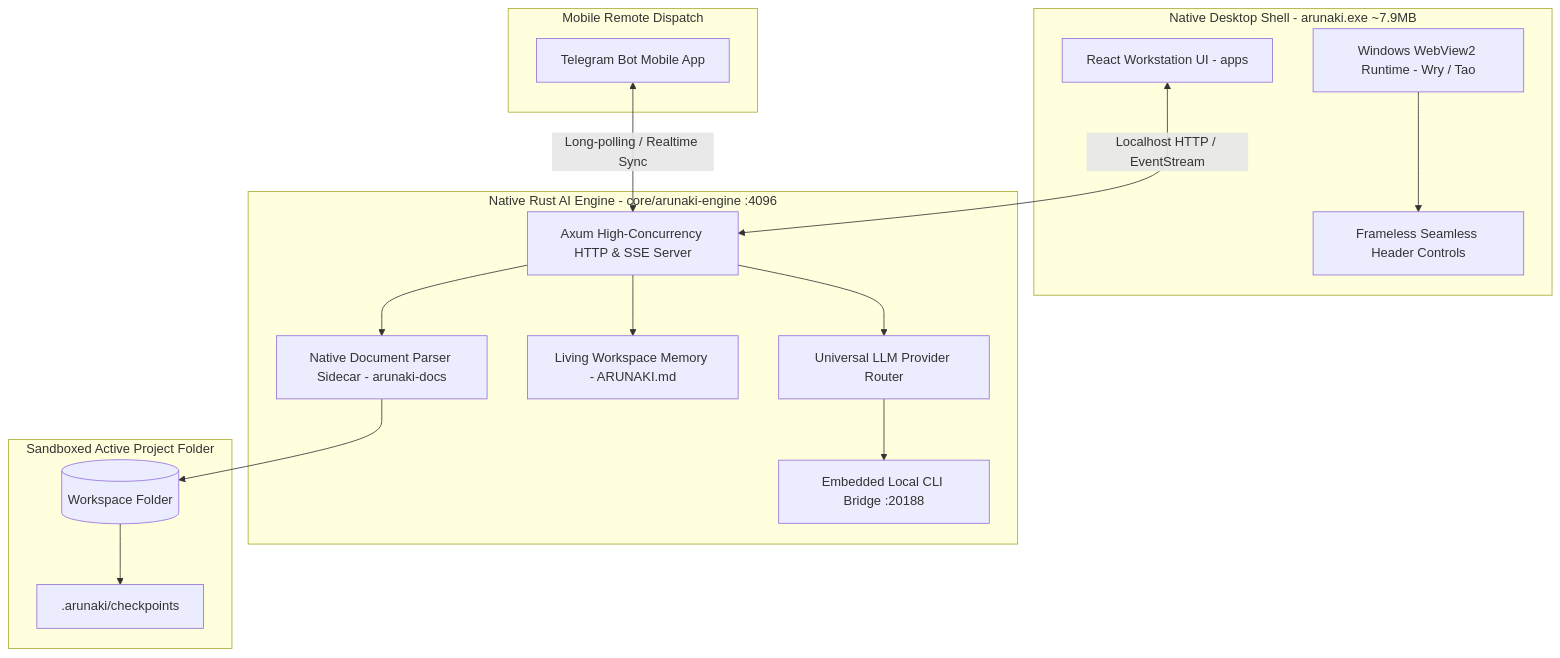
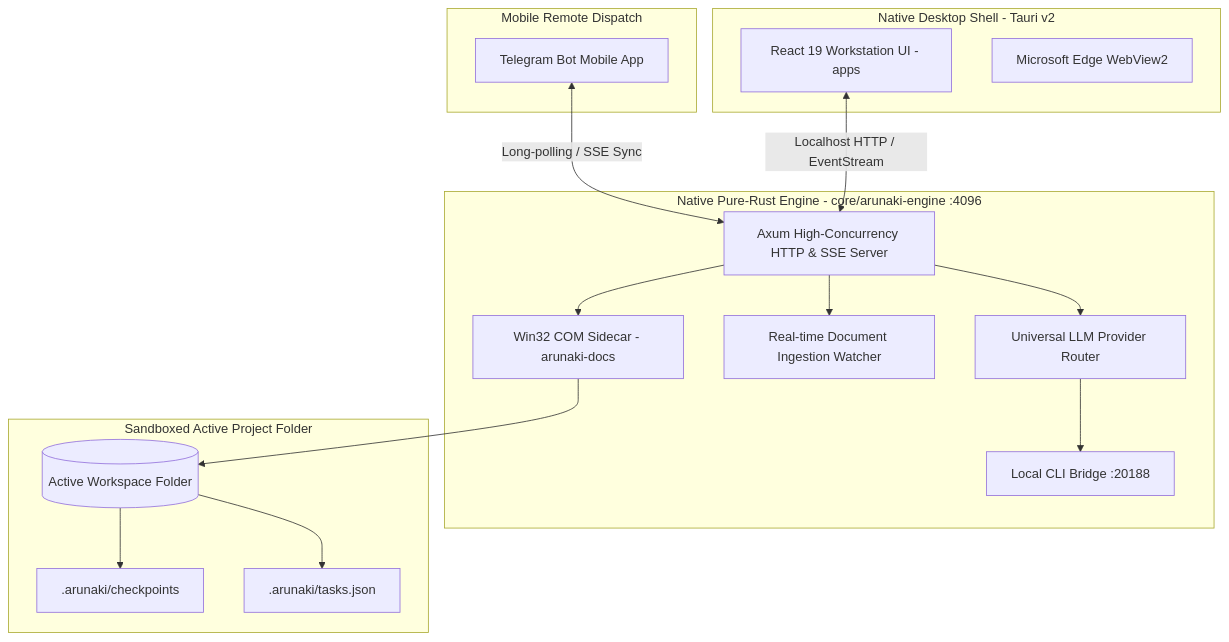
Before and after one commit to jlsrngo/Arunaki: the second of 2 diagrams in README.md, drawn with Mermaid. The commit also changed other lines of this file and 3 other files, not shown here.

Commit message:
docs: update README with accurate architecture & features, and switch license to GPL-3.0

````diff
--- a/README.md
+++ b/README.md
@@ -128,35 +130,35 @@
 ```mermaid
 graph TD
     subgraph Mobile [Mobile Remote Dispatch]
         Telegram[Telegram Bot Mobile App]
     end
 
-    subgraph Native Shell [Native Desktop Shell - arunaki.exe ~7.9MB]
-        UI[React Workstation UI - apps]
-        WebView[Windows WebView2 Runtime - Wry / Tao]
-        WindowControls[Frameless Seamless Header Controls]
+    subgraph Native Shell [Native Desktop Shell - Tauri v2]
+        UI[React 19 Workstation UI - apps]
+        WebView[Microsoft Edge WebView2]
     end
 
-    subgraph Backend Engine [Native Rust AI Engine - core/arunaki-engine :4096]
+    subgraph Backend Engine [Native Pure-Rust Engine - core/arunaki-engine :4096]
         Axum[Axum High-Concurrency HTTP & SSE Server]
         Router[Universal LLM Provider Router]
-        CLIBridge[Embedded Local CLI Bridge :20188]
-        Memory[Living Workspace Memory - ARUNAKI.md]
-        Docs[Native Document Parser Sidecar - arunaki-docs]
+        CLIBridge[Local CLI Bridge :20188]
+        Watcher[Real-time Document Ingestion Watcher]
+        Docs[Win32 COM Sidecar - arunaki-docs]
     end
 
     subgraph Sandbox [Sandboxed Active Project Folder]
-        Folder[(Workspace Folder)]
+        Folder[(Active Workspace Folder)]
         Checkpoint[.arunaki/checkpoints]
+        Tasks[.arunaki/tasks.json]
     end
 
-    Telegram <-->|Long-polling / Realtime Sync| Axum
+    Telegram <-->|Long-polling / SSE Sync| Axum
     UI <-->|Localhost HTTP / EventStream| Axum
-    WebView --> WindowControls
     Axum --> Router
     Router --> CLIBridge
-    Axum --> Memory
+    Axum --> Watcher
     Axum --> Docs
     Docs --> Folder
     Folder --> Checkpoint
+    Folder --> Tasks
 ```
````
